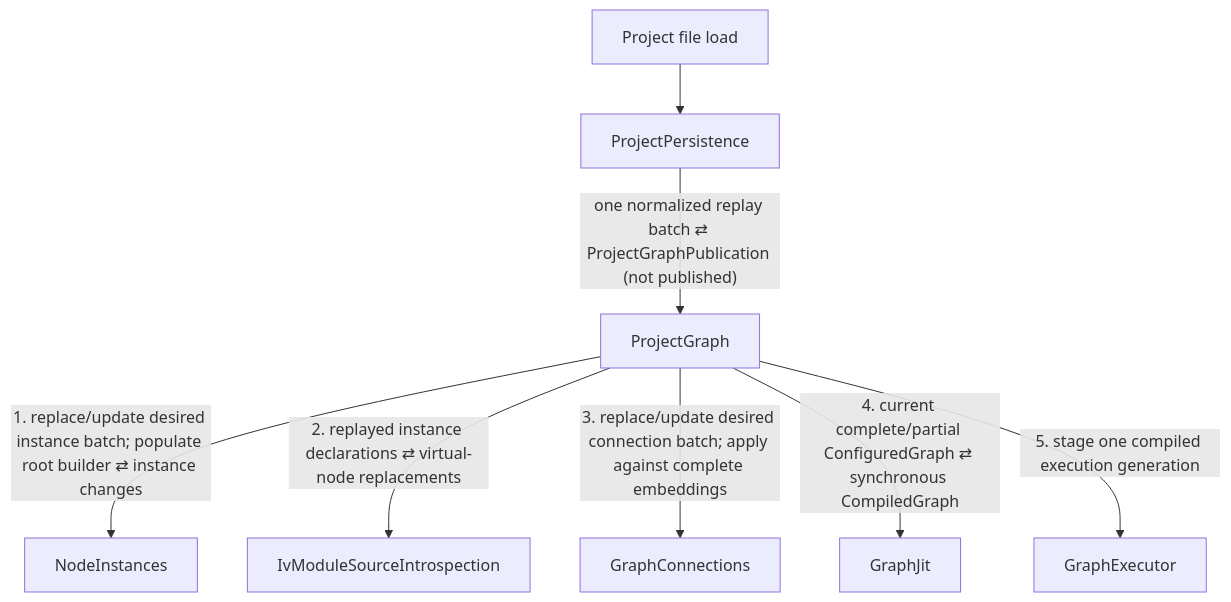
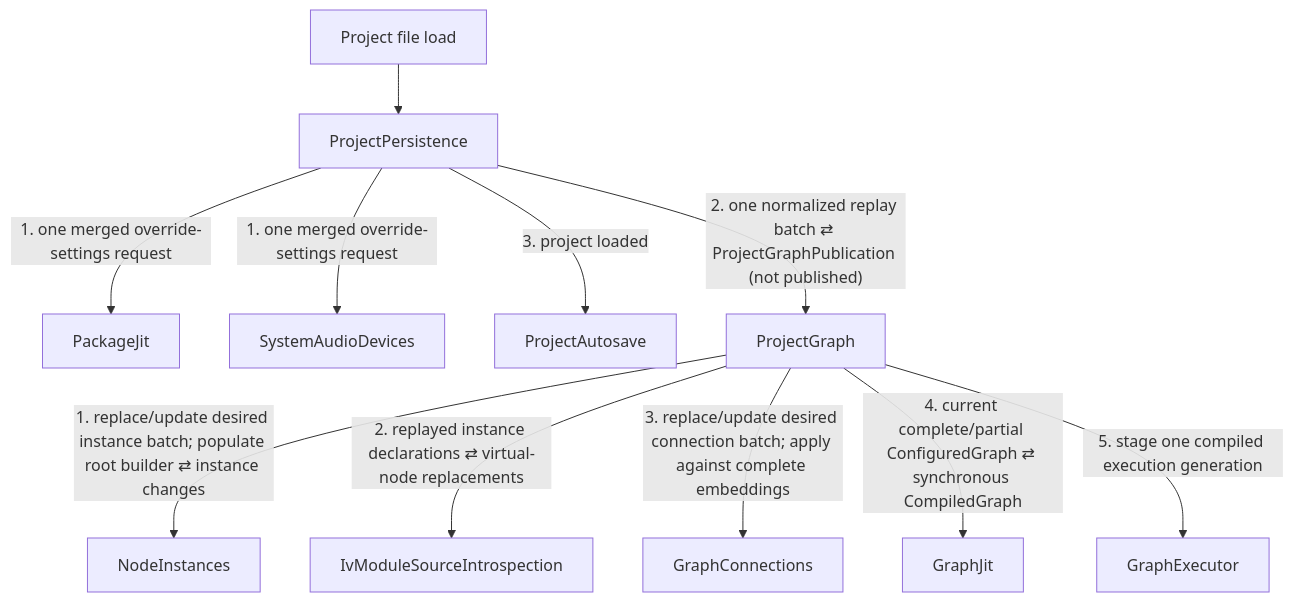
Before and after one commit to ljleb/intravenous: the first of 2 diagrams in docs/event_flows/startup_and_project_replay.md, drawn with Mermaid. The commit also changed other lines of this file and 47 other files, not shown here.

````diff
--- a/docs/event_flows/startup_and_project_replay.md
+++ b/docs/event_flows/startup_and_project_replay.md
@@ -10,19 +10,25 @@
 ```mermaid
 flowchart TD
     SRC["Project file load"]
     PP["ProjectPersistence"]
+    PJ["PackageJit"]
+    SAD["SystemAudioDevices"]
+    PA["ProjectAutosave"]
     PG["ProjectGraph"]
     NI["NodeInstances"]
     GC["GraphConnections"]
     IMSI["IvModuleSourceIntrospection"]
     GJ["GraphJit"]
     GE["GraphExecutor"]
 
     SRC --> PP
-    PP -->|"one normalized replay batch ⇄ ProjectGraphPublication (not published)"| PG
+    PP -->|"1. one merged override-settings request"| PJ
+    PP -->|"1. one merged override-settings request"| SAD
+    PP -->|"2. one normalized replay batch ⇄ ProjectGraphPublication (not published)"| PG
+    PP -->|"3. project loaded"| PA
     PG -->|"1. replace/update desired instance batch; populate root builder ⇄ instance changes"| NI
     PG -->|"2. replayed instance declarations ⇄ virtual-node replacements"| IMSI
     PG -->|"3. replace/update desired connection batch; apply against complete embeddings"| GC
     PG -->|"4. current complete/partial ConfiguredGraph ⇄ synchronous CompiledGraph"| GJ
     PG -->|"5. stage one compiled execution generation"| GE
 ```
````
